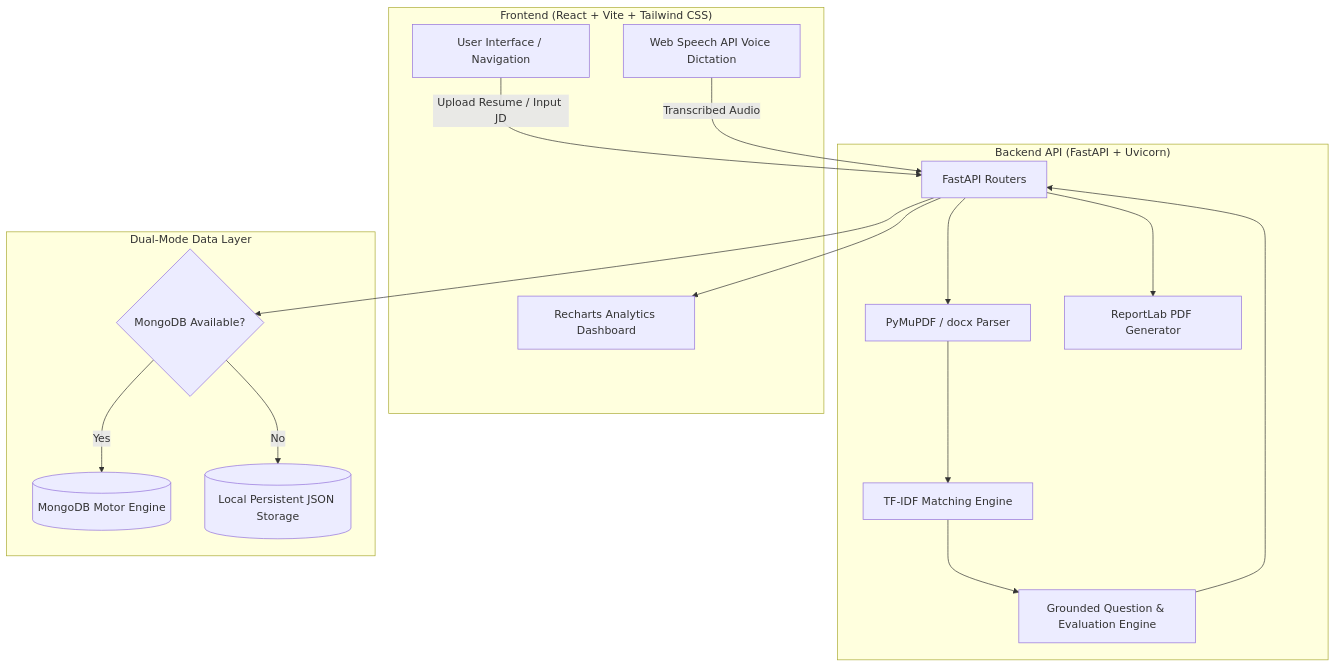
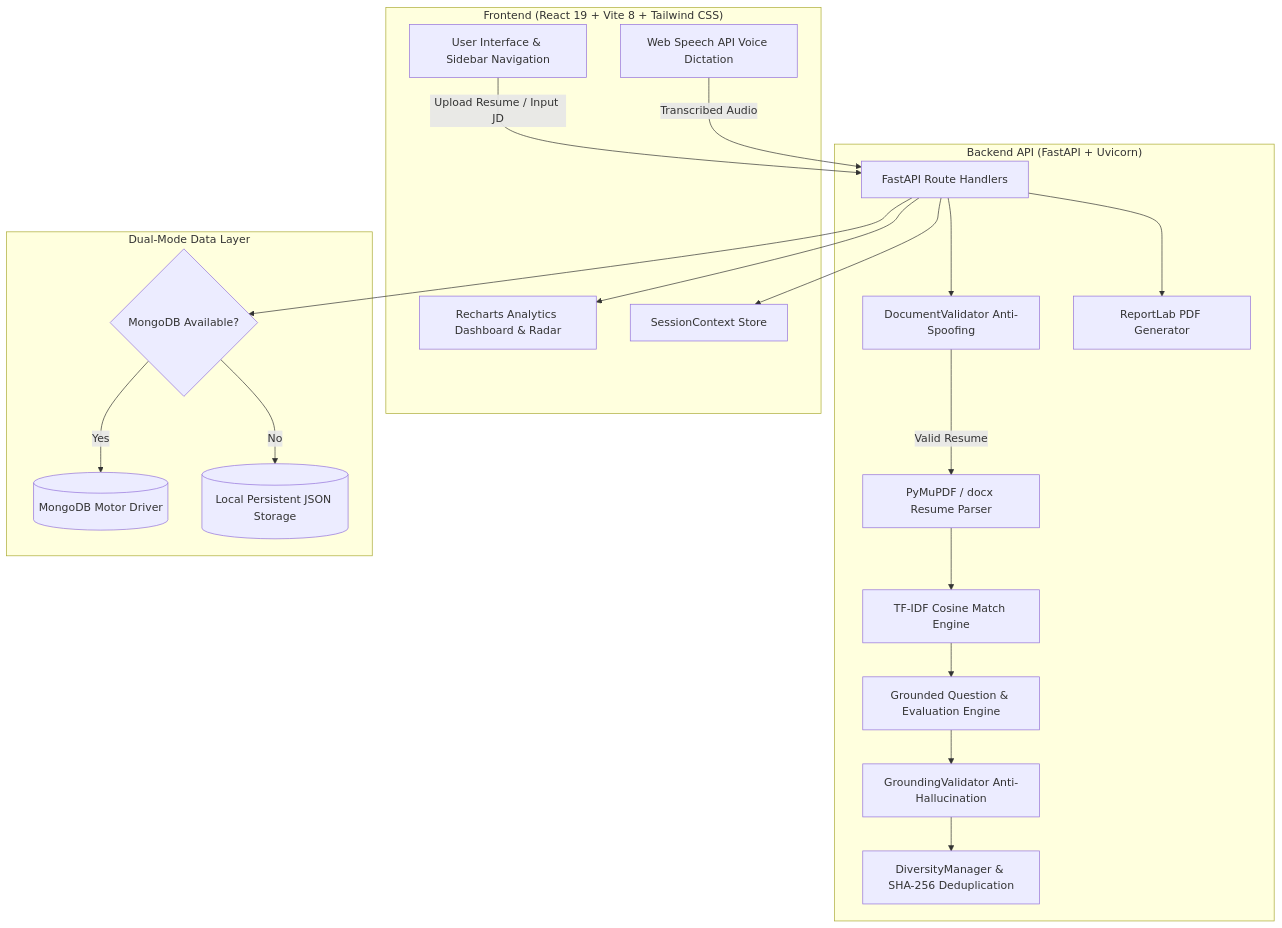
Before and after one commit to harish5991/resume-interview-ai: the diagram in README.md, drawn with Mermaid. The commit also changed other lines of this file, not shown here.

Commit message:
docs: update README.md with comprehensive project architecture and features

````diff
--- a/README.md
+++ b/README.md
@@ -120,34 +138,41 @@
 ```mermaid
 flowchart TD
-    subgraph Client ["Frontend (React + Vite + Tailwind CSS)"]
-        UI[User Interface / Navigation]
+    subgraph Client ["Frontend (React 19 + Vite 8 + Tailwind CSS)"]
+        UI[User Interface & Sidebar Navigation]
         Voice[Web Speech API Voice Dictation]
-        Charts[Recharts Analytics Dashboard]
+        Charts[Recharts Analytics Dashboard & Radar]
+        SessionStore[SessionContext Store]
     end
 
     subgraph API ["Backend API (FastAPI + Uvicorn)"]
-        Routes[FastAPI Routers]
-        Parser[PyMuPDF / docx Parser]
-        Matcher[TF-IDF Matching Engine]
+        Routes[FastAPI Route Handlers]
+        DocVal[DocumentValidator Anti-Spoofing]
+        Parser[PyMuPDF / docx Resume Parser]
+        Matcher[TF-IDF Cosine Match Engine]
         AIEngine[Grounded Question & Evaluation Engine]
+        GroundVal[GroundingValidator Anti-Hallucination]
+        Diversity[DiversityManager & SHA-256 Deduplication]
         Report[ReportLab PDF Generator]
     end
 
     subgraph Storage ["Dual-Mode Data Layer"]
         DBRouter{MongoDB Available?}
-        MongoDB[(MongoDB Motor Engine)]
+        MongoDB[(MongoDB Motor Driver)]
         JSONDB[(Local Persistent JSON Storage)]
     end
 
     UI -->|Upload Resume / Input JD| Routes
-    Routes --> Parser
+    Routes --> DocVal
+    DocVal -->|Valid Resume| Parser
     Parser --> Matcher
     Matcher --> AIEngine
+    AIEngine --> GroundVal
+    GroundVal --> Diversity
     Voice -->|Transcribed Audio| Routes
-    AIEngine --> Routes
     Routes --> Report
     Routes --> DBRouter
     DBRouter -->|Yes| MongoDB
     DBRouter -->|No| JSONDB
     Routes --> Charts
+    Routes --> SessionStore
 ```
````
